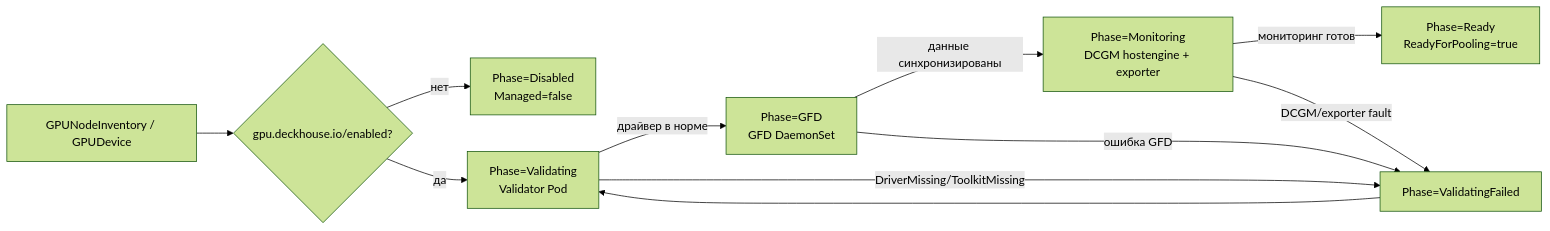
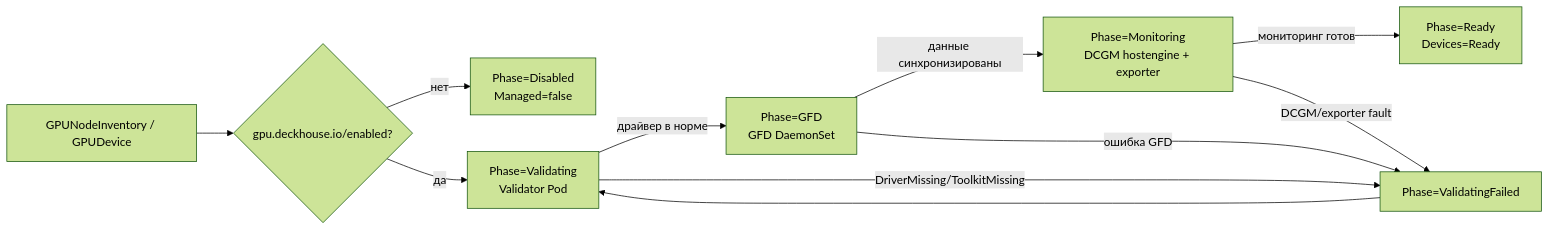
One commit to aleksandr-podmoskovniy/gpu-control-plane changed the second of 7 diagrams in docs/adr/ADR-gpu-control-plane.ru.md. Above: the diagram before and after it, drawn with Mermaid (forest theme). The commit also changed other lines of this file and 31 other files, not shown here.

````diff
--- a/docs/adr/ADR-gpu-control-plane.ru.md
+++ b/docs/adr/ADR-gpu-control-plane.ru.md
@@ -461,13 +491,13 @@
 ```mermaid
 flowchart LR
     Start["GPUNodeInventory / GPUDevice"] --> Enabled{"gpu.deckhouse.io/enabled?"}
     Enabled -->|нет| Disabled["Phase=Disabled<br/>Managed=false"]
     Enabled -->|да| Validating["Phase=Validating<br/>Validator Pod"]
     Validating -->|драйвер в норме| GFDPhase["Phase=GFD<br/>GFD DaemonSet"]
     Validating -->|DriverMissing/ToolkitMissing| Fail["Phase=ValidatingFailed"]
     GFDPhase -->|данные синхронизированы| Monitoring["Phase=Monitoring<br/>DCGM hostengine + exporter"]
     GFDPhase -->|ошибка GFD| Fail
-    Monitoring -->|мониторинг готов| ReadyPhase["Phase=Ready<br/>ReadyForPooling=true"]
+    Monitoring -->|мониторинг готов| ReadyPhase["Phase=Ready<br/>Devices=Ready"]
     Monitoring -->|DCGM/exporter fault| Fail
     Fail --> Validating
 ```
````
